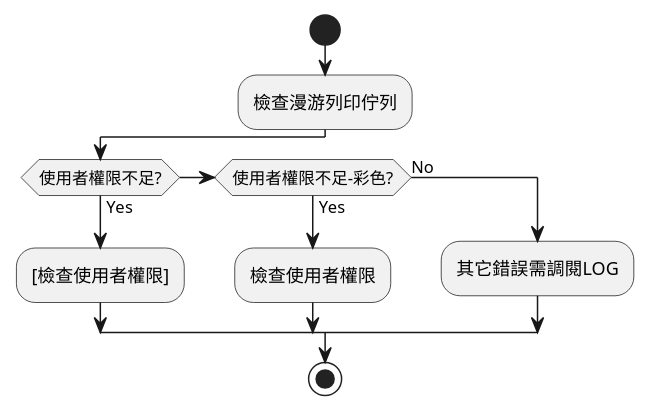
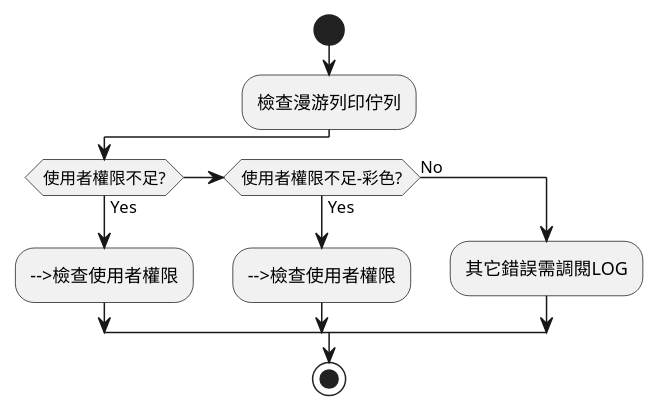
One commit to FrancoLiuDev/powermoat_doc changed the third of 7 diagrams in root/異常處理/無法漫游列印.md. Above: the diagram before and after it, drawn with PlantUML. The commit also changed other lines of this file, not shown here.

````diff
--- a/root/異常處理/無法漫游列印.md
+++ b/root/異常處理/無法漫游列印.md
@@ -45,16 +46,16 @@
 ```plantuml
 @startuml
 start
 :檢查漫游列印佇列;
 
 if (使用者權限不足?) then (Yes)
-  :[檢查使用者權限];
+  :-->檢查使用者權限;
 elseif (使用者權限不足-彩色?) then (Yes)
-  :檢查使用者權限;
+  :-->檢查使用者權限;
 else (No)
   :其它錯誤需調閱LOG;
 endif
 
 stop
 @enduml
 ```
````
